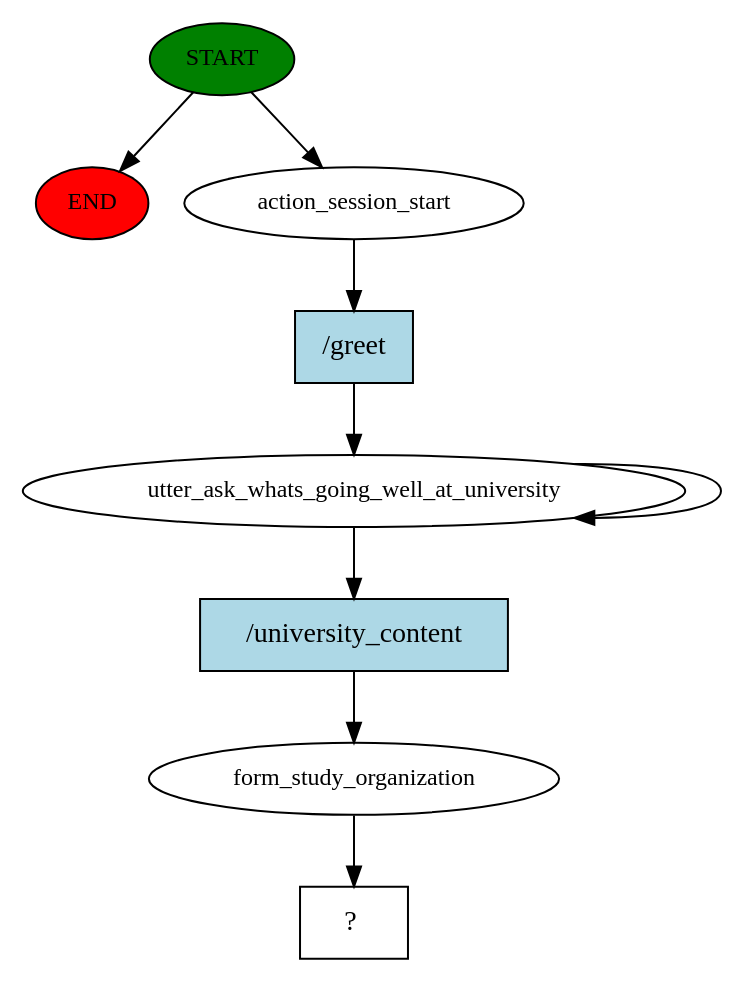
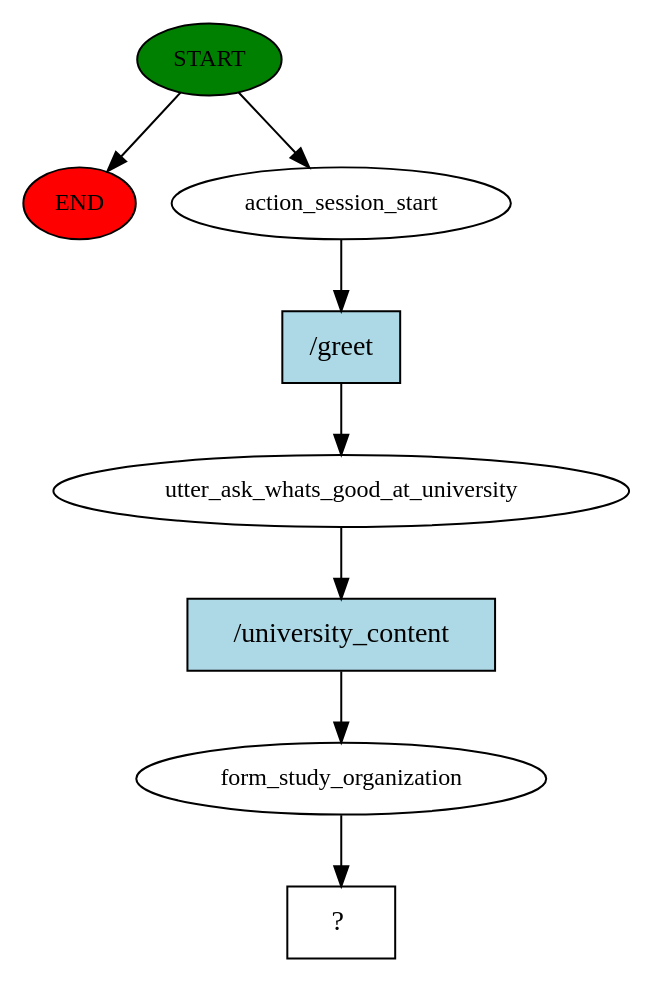
Before and after one commit to michaeleggers/RasaIntro: the diagram in project-neo-test-1/story_graph.dot, drawn with Graphviz. The commit also changed 4 other files, not shown here.

```diff
--- a/project-neo-test-1/story_graph.dot
+++ b/project-neo-test-1/story_graph.dot
@@ -1,18 +1,17 @@
 digraph  {
 0 [class="start active", fillcolor=green, fontsize=12, label=START, style=filled];
 "-1" [class=end, fillcolor=red, fontsize=12, label=END, style=filled];
 1 [class=active, fontsize=12, label=action_session_start];
-2 [class=active, fontsize=12, label=utter_ask_whats_going_well_at_university];
-4 [class=active, fontsize=12, label=form_study_organization];
-5 [class="intent dashed active", label="  ?  ", shape=rect];
-6 [class="intent active", fillcolor=lightblue, label="/greet", shape=rect, style=filled];
-7 [class="intent active", fillcolor=lightblue, label="/university_content", shape=rect, style=filled];
+2 [class=active, fontsize=12, label=utter_ask_whats_good_at_university];
+3 [class=active, fontsize=12, label=form_study_organization];
+4 [class="intent dashed active", label="  ?  ", shape=rect];
+5 [class="intent active", fillcolor=lightblue, label="/greet", shape=rect, style=filled];
+6 [class="intent active", fillcolor=lightblue, label="/university_content", shape=rect, style=filled];
 0 -> "-1"  [class="", key=NONE, label=""];
 0 -> 1  [class=active, key=NONE, label=""];
-1 -> 6  [class=active, key=0];
-2 -> 2  [class=active, key=NONE, label=""];
-2 -> 7  [class=active, key=0];
-4 -> 5  [class=active, key=NONE, label=""];
-6 -> 2  [class=active, key=0];
-7 -> 4  [class=active, key=0];
+1 -> 5  [class=active, key=0];
+2 -> 6  [class=active, key=0];
+3 -> 4  [class=active, key=NONE, label=""];
+5 -> 2  [class=active, key=0];
+6 -> 3  [class=active, key=0];
 }
```
